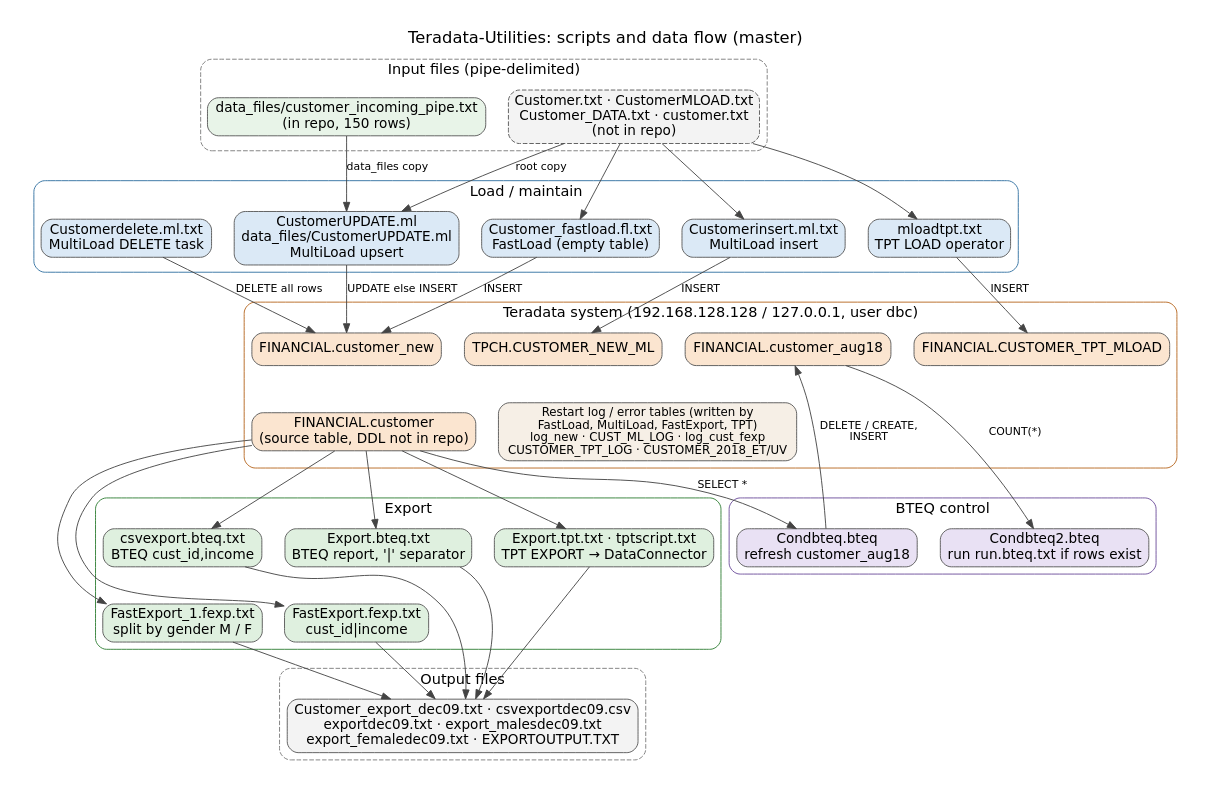
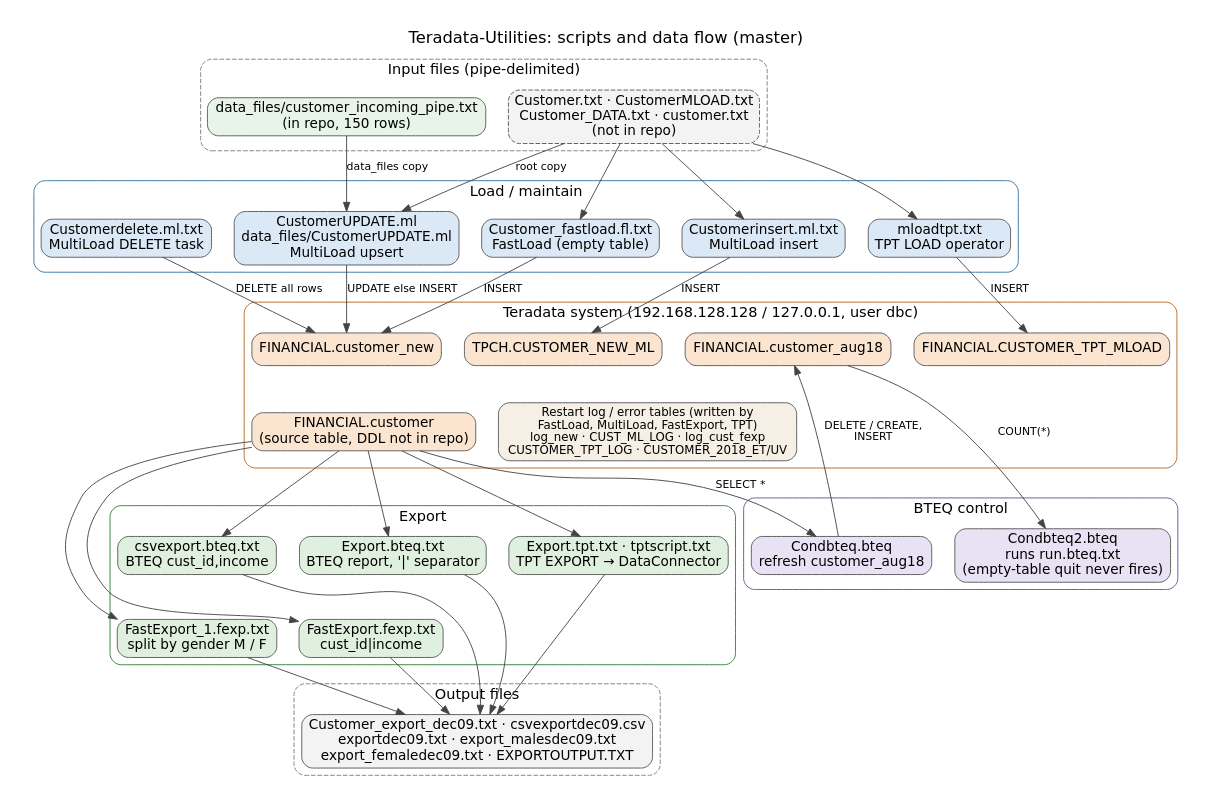
One commit to COG-GTM/Teradata-Utilities changed the diagram in docs/diagrams/architecture.dot. Above: the diagram before and after it, drawn with Graphviz. The commit also changed 3 other files, not shown here.

```diff
--- a/docs/diagrams/architecture.dot
+++ b/docs/diagrams/architecture.dot
@@ -1,78 +1,78 @@
 // Teradata-Utilities: scripts and data flow.
 // Edit this file, then run docs/diagrams/render.sh to regenerate architecture.png and architecture.svg.
 digraph teradata_utilities {
   graph [rankdir=TB, fontname="DejaVu Sans", fontsize=18, labelloc=t, nodesep=0.35, ranksep=0.55, pad=0.3,
          label="Teradata-Utilities: scripts and data flow (master)"];
   node  [shape=box, style="rounded,filled", fontname="DejaVu Sans", fontsize=15, fillcolor=white, color="#555555"];
   edge  [fontname="DejaVu Sans", fontsize=12, color="#444444"];
 
   subgraph cluster_inputs {
     label="Input files (pipe-delimited)"; style="rounded,dashed"; color="#7a7a7a"; fontsize=16;
     pipe_sample [label="data_files/customer_incoming_pipe.txt\n(in repo, 150 rows)", fillcolor="#e8f4e8"];
     ext_inputs  [label="Customer.txt · CustomerMLOAD.txt\nCustomer_DATA.txt · customer.txt\n(not in repo)", fillcolor="#f3f3f3", style="rounded,filled,dashed"];
   }
 
   subgraph cluster_load {
     label="Load / maintain"; style=rounded; color="#2f6f9f"; fontsize=16;
     fastload   [label="Customer_fastload.fl.txt\nFastLoad (empty table)", fillcolor="#dbe9f6"];
     ml_insert  [label="Customerinsert.ml.txt\nMultiLoad insert", fillcolor="#dbe9f6"];
     ml_upsert  [label="CustomerUPDATE.ml\ndata_files/CustomerUPDATE.ml\nMultiLoad upsert", fillcolor="#dbe9f6"];
     ml_delete  [label="Customerdelete.ml.txt\nMultiLoad DELETE task", fillcolor="#dbe9f6"];
     tpt_load   [label="mloadtpt.txt\nTPT LOAD operator", fillcolor="#dbe9f6"];
   }
 
   subgraph cluster_td {
     label="Teradata system (192.168.128.128 / 127.0.0.1, user dbc)"; style=rounded; color="#b5651d"; fontsize=16;
     customer     [label="FINANCIAL.customer\n(source table, DDL not in repo)", fillcolor="#fbe5d0"];
     customer_new [label="FINANCIAL.customer_new", fillcolor="#fbe5d0"];
     aug18        [label="FINANCIAL.customer_aug18", fillcolor="#fbe5d0"];
     tpt_tbl      [label="FINANCIAL.CUSTOMER_TPT_MLOAD", fillcolor="#fbe5d0"];
     tpch_tbl     [label="TPCH.CUSTOMER_NEW_ML", fillcolor="#fbe5d0"];
     restart      [label="Restart log / error tables (written by\nFastLoad, MultiLoad, FastExport, TPT)\nlog_new · CUST_ML_LOG · log_cust_fexp\nCUSTOMER_TPT_LOG · CUSTOMER_2018_ET/UV", fillcolor="#f6efe6", fontsize=13];
   }
 
   subgraph cluster_bteq {
     label="BTEQ control"; style=rounded; color="#6b4c9a"; fontsize=16;
     condbteq  [label="Condbteq.bteq\nrefresh customer_aug18", fillcolor="#e9e1f4"];
-    condbteq2 [label="Condbteq2.bteq\nrun run.bteq.txt if rows exist", fillcolor="#e9e1f4"];
+    condbteq2 [label="Condbteq2.bteq\nruns run.bteq.txt\n(empty-table quit never fires)", fillcolor="#e9e1f4"];
   }
 
   subgraph cluster_export {
     label="Export"; style=rounded; color="#2e7d32"; fontsize=16;
     bteq_exp  [label="Export.bteq.txt\nBTEQ report, '|' separator", fillcolor="#dff0df"];
     csv_exp   [label="csvexport.bteq.txt\nBTEQ cust_id,income", fillcolor="#dff0df"];
     fexp      [label="FastExport.fexp.txt\ncust_id|income", fillcolor="#dff0df"];
     fexp1     [label="FastExport_1.fexp.txt\nsplit by gender M / F", fillcolor="#dff0df"];
     tpt_exp   [label="Export.tpt.txt · tptscript.txt\nTPT EXPORT → DataConnector", fillcolor="#dff0df"];
   }
 
   subgraph cluster_outputs {
     label="Output files"; style="rounded,dashed"; color="#7a7a7a"; fontsize=16;
     out_files [label="Customer_export_dec09.txt · csvexportdec09.csv\nexportdec09.txt · export_malesdec09.txt\nexport_femaledec09.txt · EXPORTOUTPUT.TXT", fillcolor="#f3f3f3"];
   }
 
   ext_inputs  -> fastload;
   ext_inputs  -> ml_insert;
   ext_inputs  -> ml_upsert [label="root copy"];
   ext_inputs  -> tpt_load;
   pipe_sample -> ml_upsert [label="data_files copy"];
 
   fastload  -> customer_new [label="INSERT"];
   ml_upsert -> customer_new [label="UPDATE else INSERT"];
   ml_delete -> customer_new [label="DELETE all rows"];
   ml_insert -> tpch_tbl     [label="INSERT"];
   tpt_load  -> tpt_tbl      [label="INSERT"];
 
   customer  -> condbteq [label="SELECT *"];
   aug18     -> condbteq [dir=back, label="DELETE / CREATE,\nINSERT"];
   aug18     -> condbteq2 [label="COUNT(*)"];
 
   customer -> bteq_exp; customer -> csv_exp; customer -> fexp; customer -> fexp1; customer -> tpt_exp;
   bteq_exp -> out_files; csv_exp -> out_files; fexp -> out_files; fexp1 -> out_files; tpt_exp -> out_files;
 
   // Layout only: stack the wide rows so the image stays readable on GitHub.
   customer_new -> customer [style=invis];
   tpch_tbl -> restart [style=invis];
   bteq_exp -> fexp [style=invis];
   csv_exp -> fexp1 [style=invis];
 }
```
